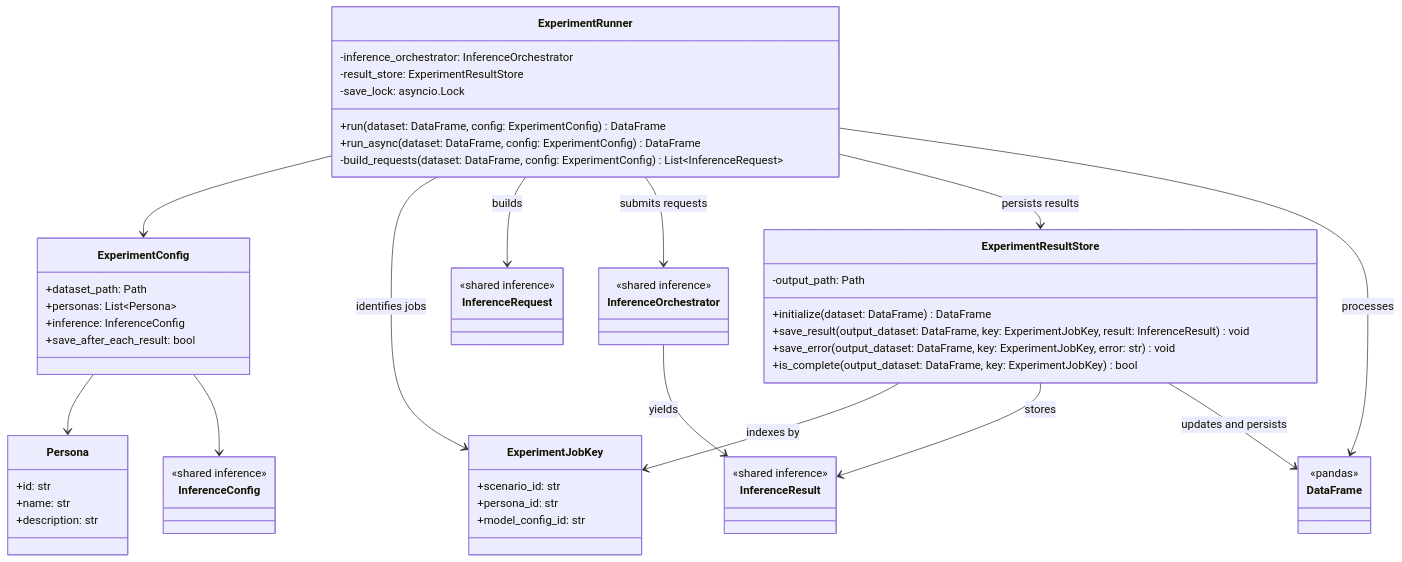
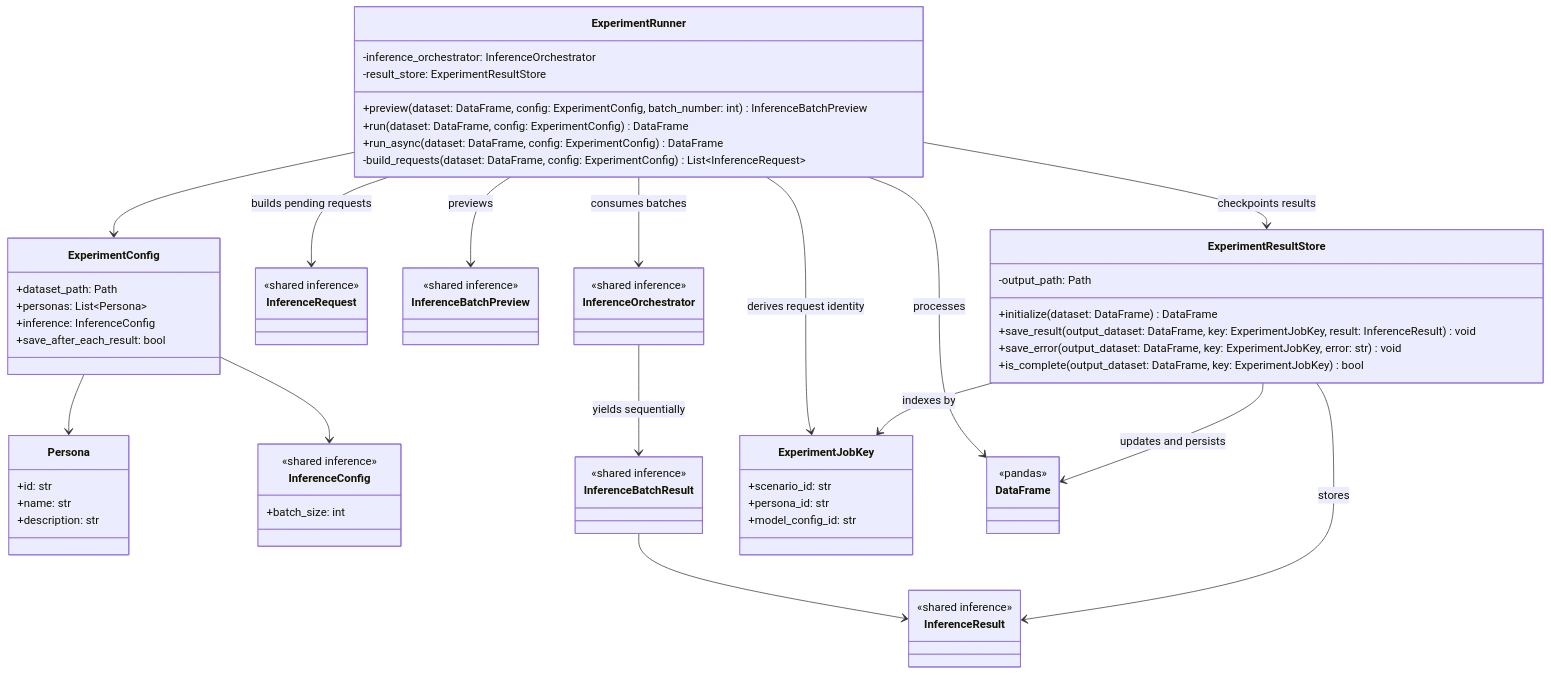
Before and after one commit to KirillUtyashev/LLM_AuditKit: the diagram in docs/architecture/experiment_execution.mmd, drawn with Mermaid. The commit also changed 9 other files, not shown here.

```diff
--- a/docs/architecture/experiment_execution.mmd
+++ b/docs/architecture/experiment_execution.mmd
@@ -1,63 +1,72 @@
 ---
 config:
   theme: mc
 ---
 classDiagram
     class ExperimentConfig {
         +dataset_path: Path
         +personas: List~Persona~
         +inference: InferenceConfig
         +save_after_each_result: bool
     }
     class Persona {
         +id: str
         +name: str
         +description: str
     }
     class InferenceConfig {
         <<shared inference>>
+        +batch_size: int
     }
     class InferenceRequest {
+        <<shared inference>>
+    }
+    class InferenceBatchPreview {
+        <<shared inference>>
+    }
+    class InferenceBatchResult {
         <<shared inference>>
     }
     class InferenceResult {
         <<shared inference>>
     }
     class InferenceOrchestrator {
         <<shared inference>>
     }
     class ExperimentJobKey {
         +scenario_id: str
         +persona_id: str
         +model_config_id: str
     }
     class ExperimentRunner {
         -inference_orchestrator: InferenceOrchestrator
         -result_store: ExperimentResultStore
-        -save_lock: asyncio.Lock
+        +preview(dataset: DataFrame, config: ExperimentConfig, batch_number: int) InferenceBatchPreview
         +run(dataset: DataFrame, config: ExperimentConfig) DataFrame
         +run_async(dataset: DataFrame, config: ExperimentConfig) DataFrame
         -build_requests(dataset: DataFrame, config: ExperimentConfig) List~InferenceRequest~
     }
     class ExperimentResultStore {
         -output_path: Path
         +initialize(dataset: DataFrame) DataFrame
         +save_result(output_dataset: DataFrame, key: ExperimentJobKey, result: InferenceResult) void
         +save_error(output_dataset: DataFrame, key: ExperimentJobKey, error: str) void
         +is_complete(output_dataset: DataFrame, key: ExperimentJobKey) bool
     }
     class DataFrame {
         <<pandas>>
     }
     ExperimentConfig --> Persona
     ExperimentConfig --> InferenceConfig
     ExperimentRunner --> ExperimentConfig
-    ExperimentRunner --> ExperimentJobKey : identifies jobs
-    ExperimentRunner --> InferenceRequest : builds
-    ExperimentRunner --> InferenceOrchestrator : submits requests
-    InferenceOrchestrator --> InferenceResult : yields
-    ExperimentRunner --> ExperimentResultStore : persists results
+    ExperimentRunner --> ExperimentJobKey : derives request identity
+    ExperimentRunner --> InferenceRequest : builds pending requests
+    ExperimentRunner --> InferenceBatchPreview : previews
+    ExperimentRunner --> InferenceOrchestrator : consumes batches
+    InferenceOrchestrator --> InferenceBatchResult : yields sequentially
+    InferenceBatchResult --> InferenceResult
+    ExperimentRunner --> ExperimentResultStore : checkpoints results
     ExperimentRunner --> DataFrame : processes
     ExperimentResultStore --> ExperimentJobKey : indexes by
     ExperimentResultStore --> InferenceResult : stores
     ExperimentResultStore --> DataFrame : updates and persists
```
